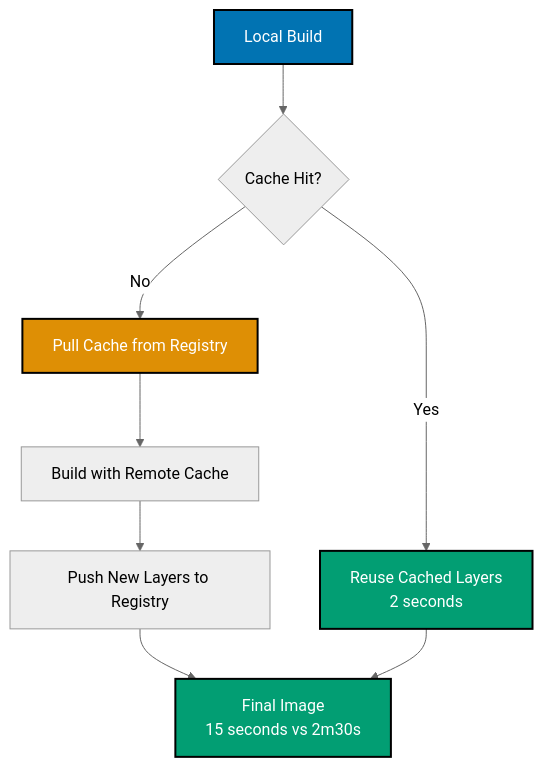
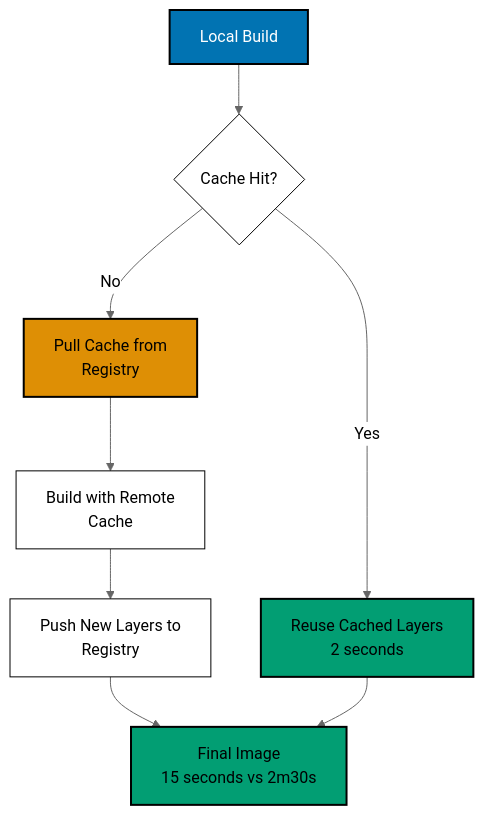
The fourth of 11 diagrams in apps/ayokoding-www/content/en/learn/legacy/software-engineering/infrastructure/tools/docker/by-example/intermediate.md (wahidyankf/ose-public), drawn with Mermaid (neutral theme) before and after one commit. The commit also changed other lines of this file and 131 other files, not shown here.

First line of the commit message:
fix(mermaid): bring the legacy data, infrastructure, and testing diagrams onto the accessible palette

````diff
--- a/apps/ayokoding-www/content/en/learn/legacy/software-engineering/infrastructure/tools/docker/by-example/intermediate.md
+++ b/apps/ayokoding-www/content/en/learn/legacy/software-engineering/infrastructure/tools/docker/by-example/intermediate.md
@@ -643,17 +660,23 @@
 ```mermaid
 %% Color Palette: Blue #0173B2, Orange #DE8F05, Teal #029E73, Purple #CC78BC, Brown #CA9161
 %% Build caching flow
 graph TD
+ accTitle: Example 32: Docker Compose Build Optimization
+ accDescr: Graph with 7 nodes and 7 connections. Nodes: Local Build, Cache Hit?, Reuse Cached Layers 2 seconds, Pull Cache from Registry, Build with Remote Cache, Push New Layers to Registry, Final Image 15 seconds vs 2m30s. Connections: Local Build to Cache Hit?, Cache Hit? to Reuse Cached Layers 2 seconds (Yes), Cache Hit? to Pull Cache from Registry (No), Pull Cache from Registry to Build with Remote Cache, Build with Remote Cache to Push New Layers to Registry, Push New Layers to Registry to Final Image 15 seconds vs 2m30s, Reuse Cached Layers 2 seconds to Final Image 15 seconds vs 2m30s.
  A["Local Build"] --> B{Cache Hit?}
  B -->|Yes| C["Reuse Cached Layers<br/>2 seconds"]
- B -->|No| D["Pull Cache from Registry"]
- D --> E["Build with Remote Cache"]
- E --> F["Push New Layers to Registry"]
+ B -->|No| D["Pull Cache from<br/>Registry"]
+ D --> E["Build with Remote<br/>Cache"]
+ E --> F["Push New Layers to<br/>Registry"]
  F --> G["Final Image<br/>15 seconds vs 2m30s"]
  C --> G
 
- style A fill:#0173B2,stroke:#000000,stroke-width:2px,color:#fff
- style C fill:#029E73,stroke:#000000,stroke-width:2px,color:#fff
- style D fill:#DE8F05,stroke:#000000,stroke-width:2px,color:#fff
- style G fill:#029E73,stroke:#000000,stroke-width:2px,color:#fff
+ classDef pal-0173B2 fill:#0173B2,stroke:#000000,color:#FFFFFF,stroke-width:2px
+ class A pal-0173B2
+ classDef pal-029E73 fill:#029E73,stroke:#000000,color:#000000,stroke-width:2px
+ class C pal-029E73
+ classDef pal-DE8F05 fill:#DE8F05,stroke:#000000,color:#000000,stroke-width:2px
+ class D pal-DE8F05
+ class G pal-029E73
+ classDef default fill:#FFFFFF,stroke:#000000,color:#000000
 ```
````
